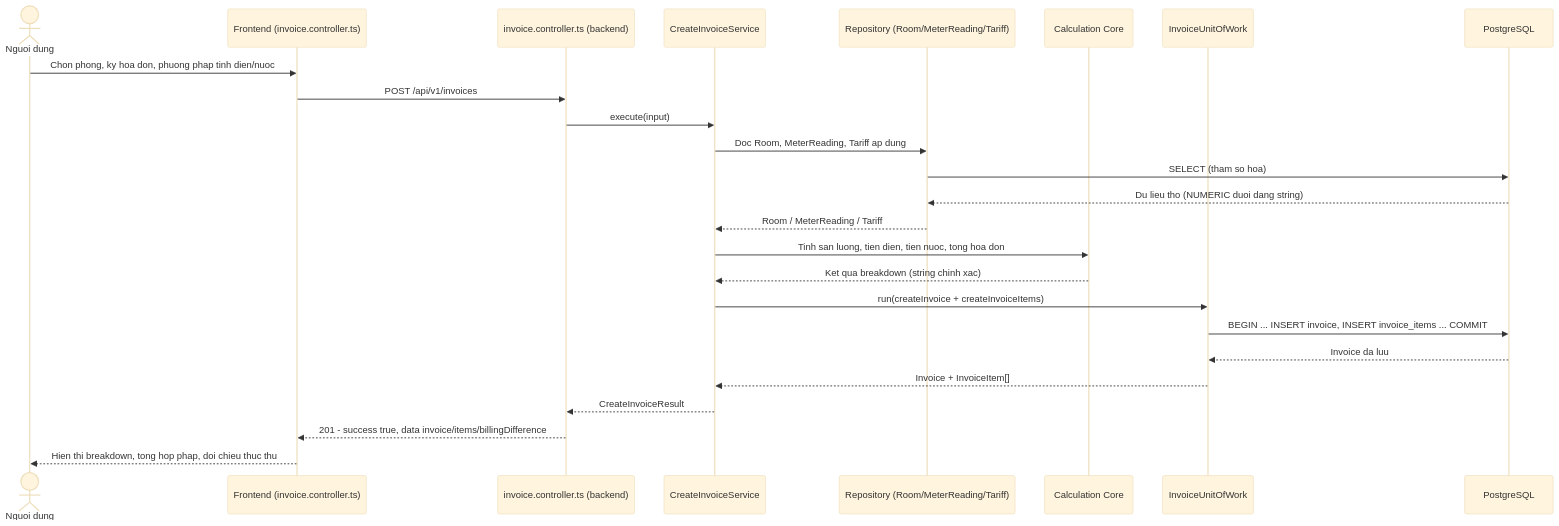
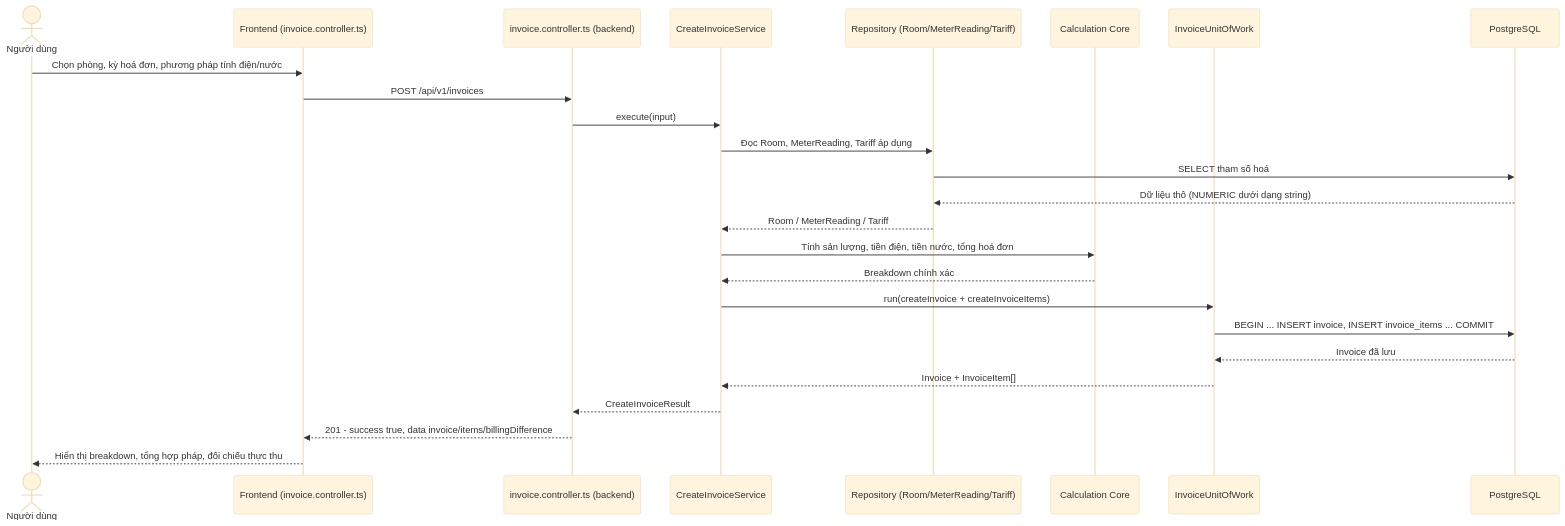
Before and after one commit to QuocThinh271222007/OpenUtilityBill: the second of 4 diagrams in README.md, drawn with Mermaid (base theme). The commit also changed other lines of this file, not shown here.

````diff
--- a/README.md
+++ b/README.md
@@ -99,28 +94,28 @@
 ```mermaid
 sequenceDiagram
-    actor U as Nguoi dung
+    actor U as Người dùng
     participant FE as Frontend (invoice.controller.ts)
     participant C as invoice.controller.ts (backend)
     participant S as CreateInvoiceService
     participant R as Repository (Room/MeterReading/Tariff)
     participant CC as Calculation Core
     participant UOW as InvoiceUnitOfWork
     participant DB as PostgreSQL
 
-    U->>FE: Chon phong, ky hoa don, phuong phap tinh dien/nuoc
+    U->>FE: Chọn phòng, kỳ hoá đơn, phương pháp tính điện/nước
     FE->>C: POST /api/v1/invoices
     C->>S: execute(input)
-    S->>R: Doc Room, MeterReading, Tariff ap dung
-    R->>DB: SELECT (tham so hoa)
-    DB-->>R: Du lieu tho (NUMERIC duoi dang string)
+    S->>R: Đọc Room, MeterReading, Tariff áp dụng
+    R->>DB: SELECT tham số hoá
+    DB-->>R: Dữ liệu thô (NUMERIC dưới dạng string)
     R-->>S: Room / MeterReading / Tariff
-    S->>CC: Tinh san luong, tien dien, tien nuoc, tong hoa don
-    CC-->>S: Ket qua breakdown (string chinh xac)
+    S->>CC: Tính sản lượng, tiền điện, tiền nước, tổng hoá đơn
+    CC-->>S: Breakdown chính xác
     S->>UOW: run(createInvoice + createInvoiceItems)
     UOW->>DB: BEGIN ... INSERT invoice, INSERT invoice_items ... COMMIT
-    DB-->>UOW: Invoice da luu
+    DB-->>UOW: Invoice đã lưu
     UOW-->>S: Invoice + InvoiceItem[]
     S-->>C: CreateInvoiceResult
     C-->>FE: 201 - success true, data invoice/items/billingDifference
-    FE-->>U: Hien thi breakdown, tong hop phap, doi chieu thuc thu
+    FE-->>U: Hiển thị breakdown, tổng hợp pháp, đối chiếu thực thu
 ```
````
